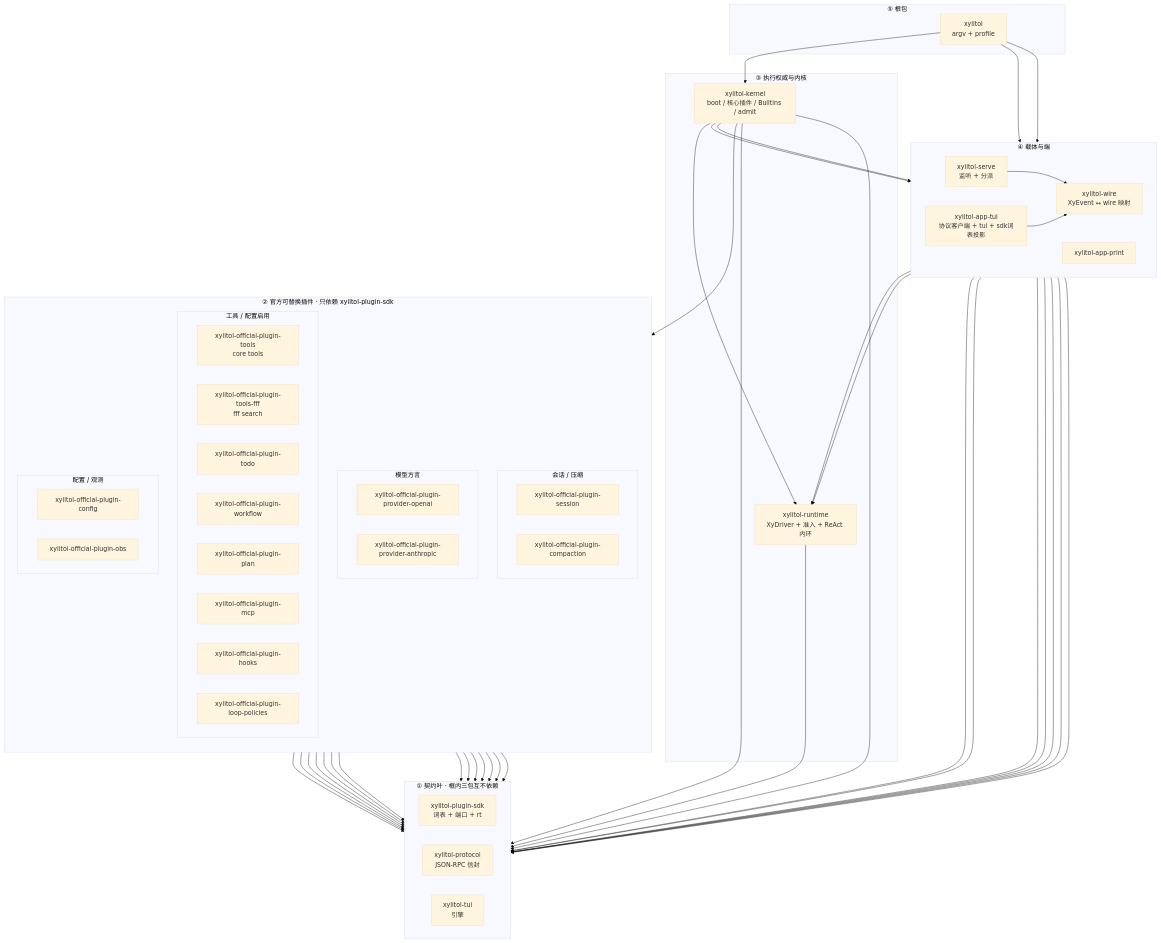
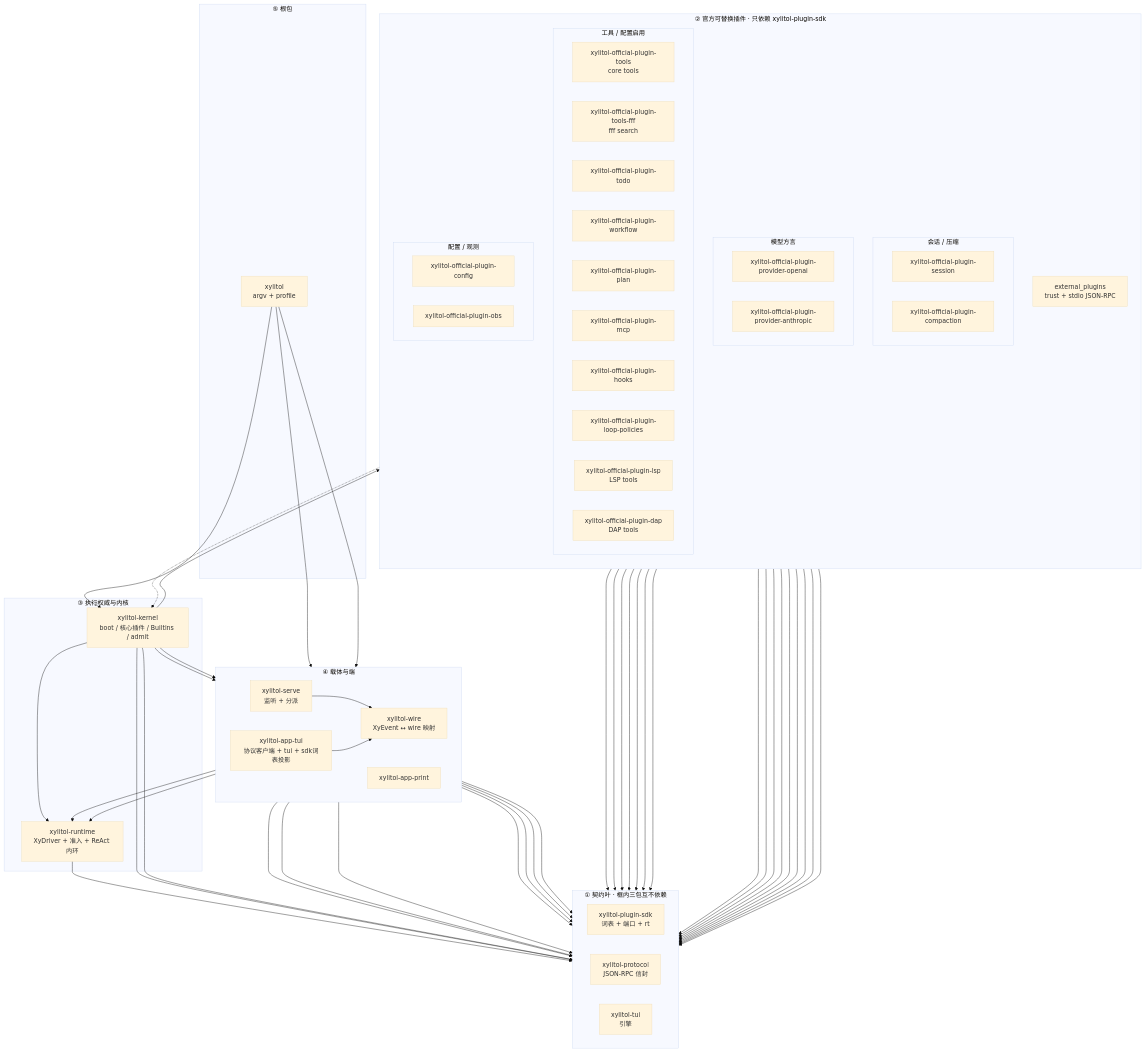
The diagram in src/AGENTS.md (StrayDragon/xylitol), drawn with Mermaid (base theme) before and after one commit. The commit also changed other lines of this file and 3 other files, not shown here.

Commit message:
docs(agents): sync architecture after c2997-c3006

```diff
--- a/src/AGENTS.md
+++ b/src/AGENTS.md
@@ -49,12 +49,15 @@
       xylitol_official_plugin_mcp["xylitol-official-plugin-mcp"]
       xylitol_official_plugin_hooks["xylitol-official-plugin-hooks"]
       xylitol_official_plugin_loop_policies["xylitol-official-plugin-loop-policies"]
+      xylitol_official_plugin_lsp["xylitol-official-plugin-lsp<br/>LSP tools"]
+      xylitol_official_plugin_dap["xylitol-official-plugin-dap<br/>DAP tools"]
     end
     subgraph plugins_host["配置 / 观测"]
       direction LR
       xylitol_official_plugin_config["xylitol-official-plugin-config"]
       xylitol_official_plugin_obs["xylitol-official-plugin-obs"]
     end
+    xylitol_external_plugins["external_plugins<br/>trust + stdio JSON-RPC"]
   end
 
   subgraph exec["③ 执行权威与内核"]
@@ -86,8 +89,11 @@
   xylitol_official_plugin_mcp --> xylitol_plugin_sdk
   xylitol_official_plugin_hooks --> xylitol_plugin_sdk
   xylitol_official_plugin_loop_policies --> xylitol_plugin_sdk
+  xylitol_official_plugin_lsp --> xylitol_plugin_sdk
+  xylitol_official_plugin_dap --> xylitol_plugin_sdk
   xylitol_official_plugin_config --> xylitol_plugin_sdk
   xylitol_official_plugin_obs --> xylitol_plugin_sdk
+  xylitol_external_plugins -.-> xylitol_kernel
   xylitol_runtime --> xylitol_plugin_sdk
   xylitol_kernel --> xylitol_plugin_sdk
   xylitol_kernel --> xylitol_runtime
```
